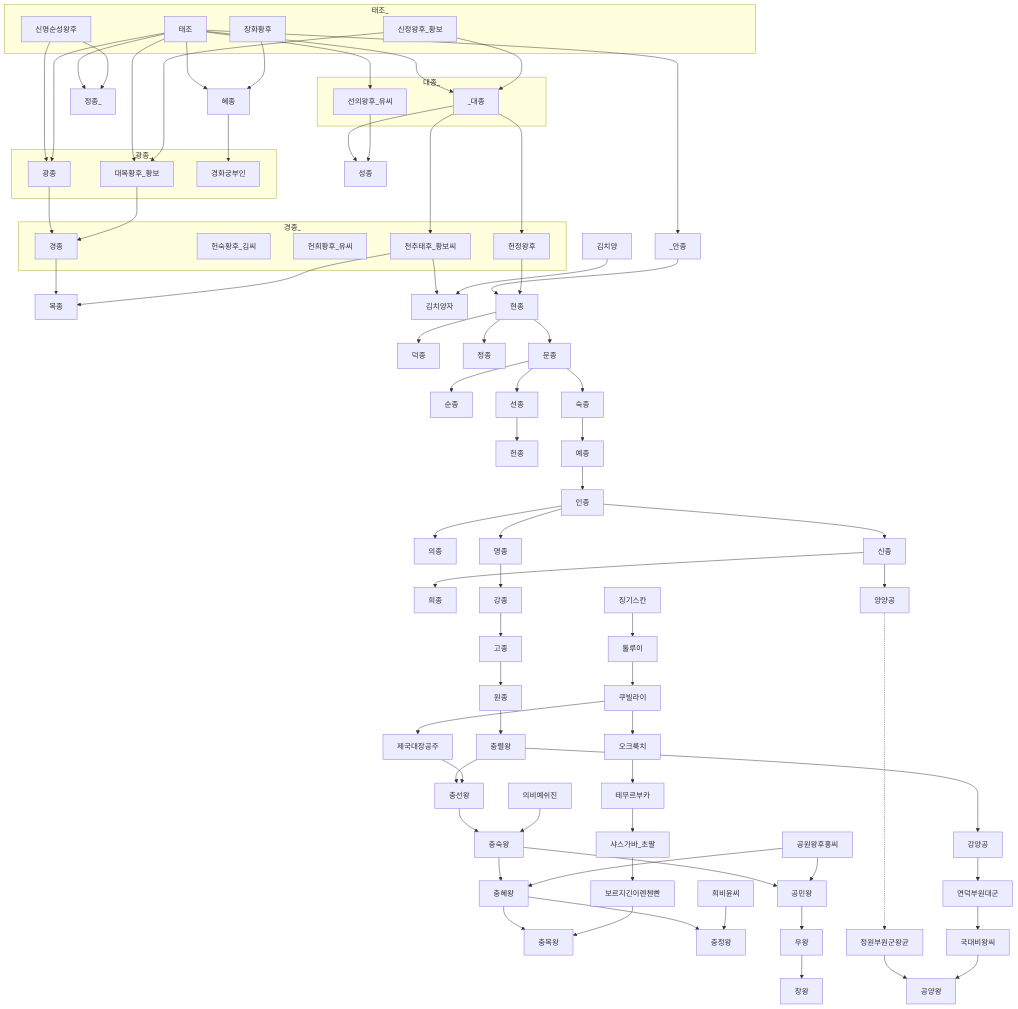
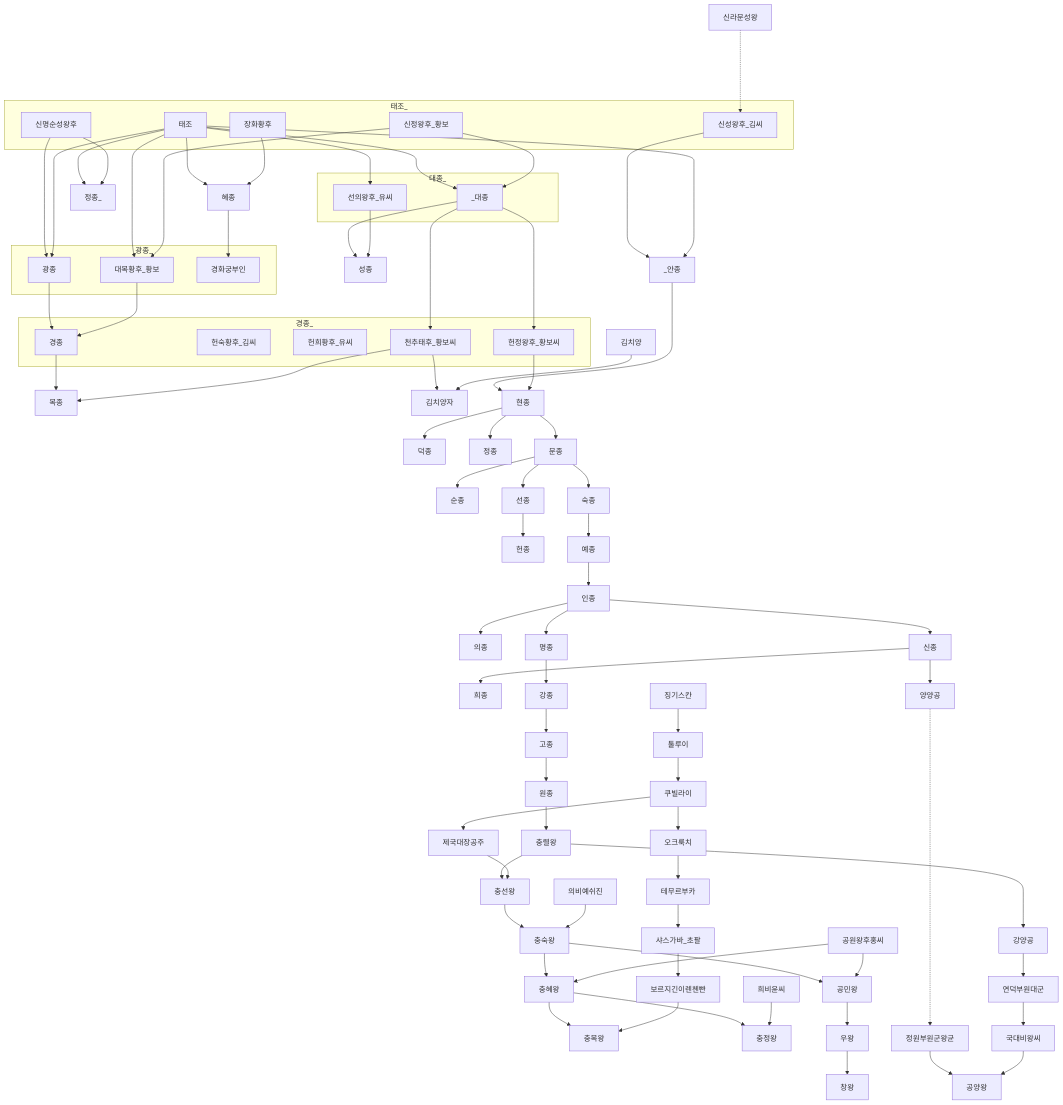
One commit to daewonyoon/historigram changed the diagram in 한국사/고려왕조가계도_초기.md. Above: the diagram before and after it, drawn with Mermaid.

Commit message:
고려초기 보충

````diff
--- a/한국사/고려왕조가계도_초기.md
+++ b/한국사/고려왕조가계도_초기.md
@@ -2,73 +2,77 @@
 ```mermaid
 graph TD
 
 신정왕후[신정왕후_황보]
 대목황후[대목황후_황보]
+
+신라문성왕 -...->  신성왕후_김씨 --> _안종
 
 태조 --> 혜종 
 장화황후 --> 혜종
 태조 --> 정종_
 신명순성왕후 --> 정종_
 신명순성왕후 --> 광종
 태조 --> 광종 --> 경종 --> 목종
 태조 --> 대목황후 --> 경종
 신정왕후 --> 대목황후
 태조 --> _대종 --> 성종
 태조 --> 선의왕후_유씨 --> 성종
 
 
 subgraph 태조_
 태조
-장화황후
 신명순성왕후
 신정왕후
+신성왕후_김씨
+장화황후
 end
 
 혜종 --> 경화궁부인
 
 
 subgraph 광종_
 광종
 대목황후
 경화궁부인
 end
 
 subgraph 경종_
 경종
 헌숙황후_김씨
 헌희황후_유씨
 헌정왕후
 천추태후
 end
 
+헌정왕후[ 헌정왕후_황보씨 ]
 천추태후[ 천추태후_황보씨 ]
 
 천추태후 --> 김치양자
 김치양 --> 김치양자
 
 subgraph 대종_
 _대종
 선의왕후_유씨
 end
 
 신정왕후 --> _대종 --> 천추태후 --> 목종
 _대종 --> 헌정왕후
 태조 ---> _안종 --> 현종 --> 덕종
 헌정왕후 --> 현종 --> 정종
 현종 --> 문종 --> 순종
 문종 --> 선종 --> 헌종 
 문종 --> 숙종 --> 예종 --> 인종 --> 의종 
 인종 --> 명종
 인종 --> 신종 --> 희종 
 명종 --> 강종 --> 고종 --> 원종 --> 충렬왕 --> 충선왕
 징기스칸 --> 툴루이 --> 쿠빌라이 --> 제국대장공주 --> 충선왕 --> 충숙왕 --> 충혜왕 --> 충목왕
 의비예쉬진 --> 충숙왕
 쿠빌라이 --> 오크룩치 --> 테무르부카 --> 샤스가바_초팔 --> 보르지긴이렌첸빤 --> 충목왕
 충혜왕 --> 충정왕
 충숙왕 --> 공민왕 --> 우왕 --> 창왕
 공원왕후홍씨 --> 충혜왕
 공원왕후홍씨 --> 공민왕
 희비윤씨 --> 충정왕
 신종 --> 양양공 -.......-> 정원부원군왕균 --> 공양왕
 충렬왕 --> 강양공 --> 연덕부원대군 --> 국대비왕씨 --> 공양왕
 ```
````
